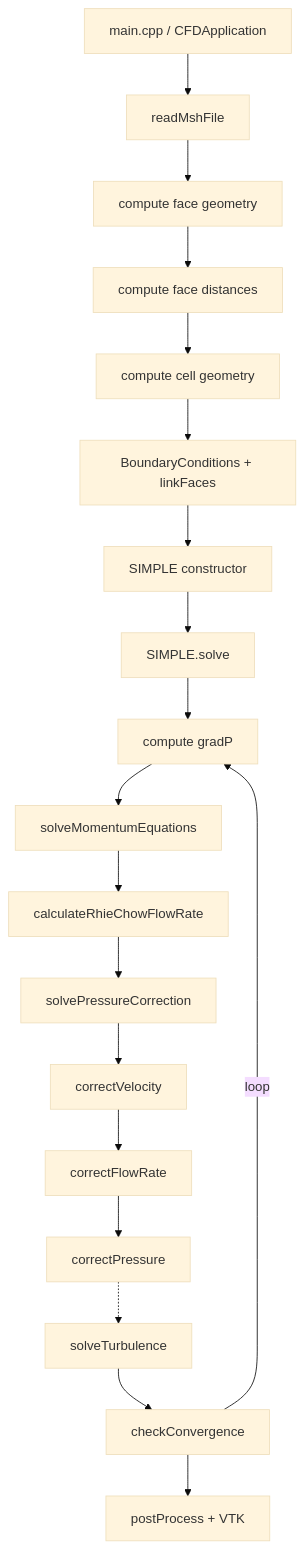
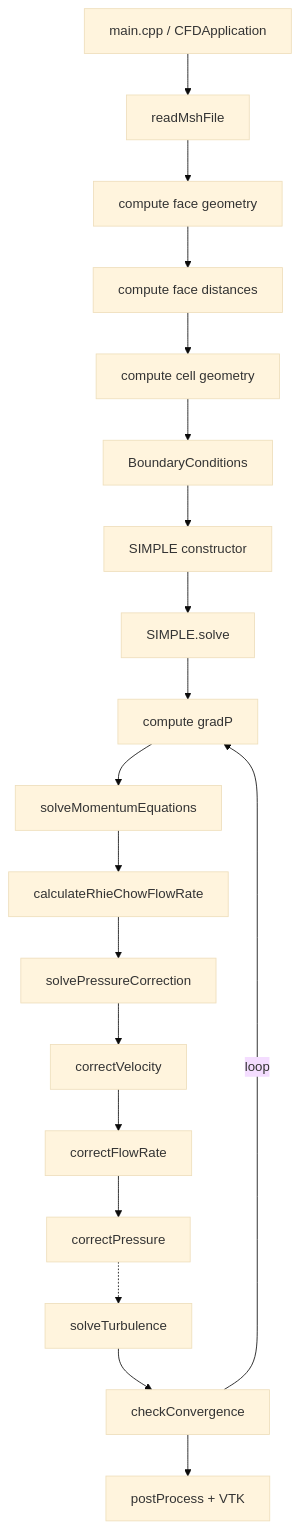
The diagram in docs/DEVELOPER_GUIDE.md (mohamed-i-mousa/Turblyze), drawn with Mermaid (base theme) before and after one commit. The commit also changed other lines of this file and 1 other file, not shown here.

````diff
--- a/docs/DEVELOPER_GUIDE.md
+++ b/docs/DEVELOPER_GUIDE.md
@@ -554,21 +547,21 @@
 ```mermaid
 flowchart TD
   A[main.cpp / CFDApplication] --> B[readMshFile]
   B --> C[compute face geometry]
   C --> D[compute face distances]
   D --> E[compute cell geometry]
-  E --> F[BoundaryConditions + linkFaces]
+  E --> F[BoundaryConditions]
   F --> G[SIMPLE constructor]
   G --> H[SIMPLE.solve]
   H --> I[compute gradP]
   I --> J[solveMomentumEquations]
   J --> K[calculateRhieChowFlowRate]
   K --> L[solvePressureCorrection]
   L --> M[correctVelocity]
   M --> N[correctFlowRate]
   N --> O[correctPressure]
   O -.-> T[solveTurbulence]
   T --> P[checkConvergence]
   P -->|loop| I
   P --> Q[postProcess + VTK]
 ```
````
